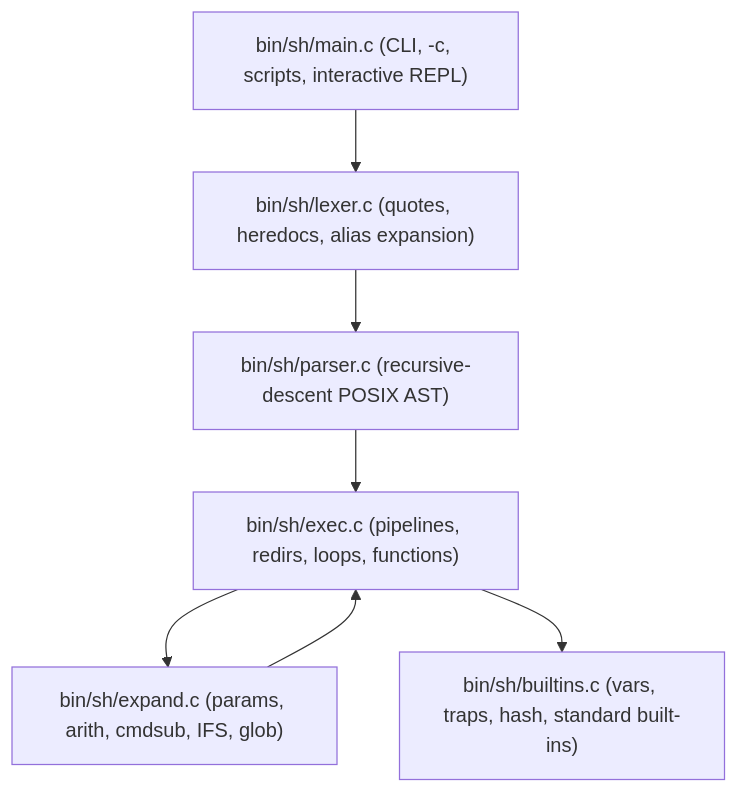
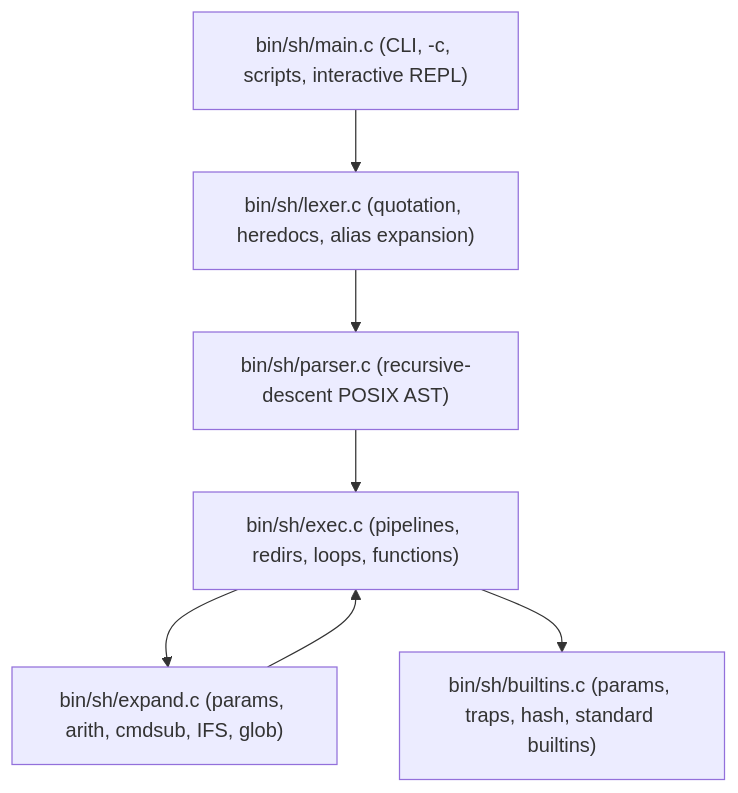
One commit to Deniz-Eren/microkernel changed the diagram in docs/30-architecture/adr/ADR_0040.md. Above: the diagram before and after it, drawn with Mermaid. The commit also changed other lines of this file and 151 other files, not shown here.

````diff
--- a/docs/30-architecture/adr/ADR_0040.md
+++ b/docs/30-architecture/adr/ADR_0040.md
@@ -24,16 +24,16 @@
 ```mermaid
 flowchart TD
     MAIN["bin/sh/main.c (CLI, -c, scripts, interactive REPL)"]
-    LEX["bin/sh/lexer.c (quotes, heredocs, alias expansion)"]
+    LEX["bin/sh/lexer.c (quotation, heredocs, alias expansion)"]
     PAR["bin/sh/parser.c (recursive-descent POSIX AST)"]
     EXP["bin/sh/expand.c (params, arith, cmdsub, IFS, glob)"]
     EXE["bin/sh/exec.c (pipelines, redirs, loops, functions)"]
-    BI["bin/sh/builtins.c (vars, traps, hash, standard built-ins)"]
+    BI["bin/sh/builtins.c (params, traps, hash, standard builtins)"]
 
     MAIN --> LEX
     LEX --> PAR
     PAR --> EXE
     EXE --> EXP
     EXE --> BI
     EXP --> EXE
 ```
````
